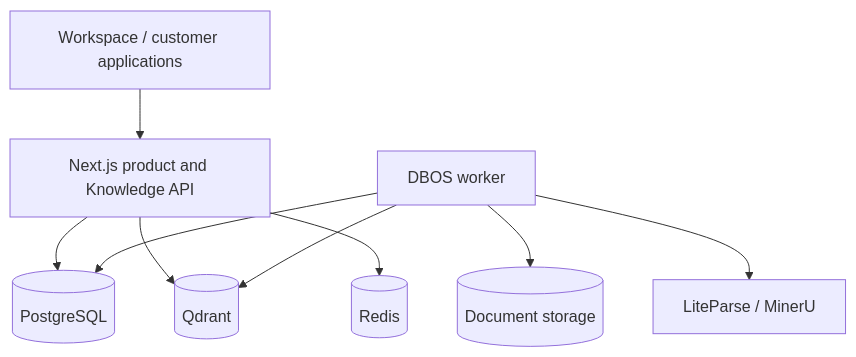
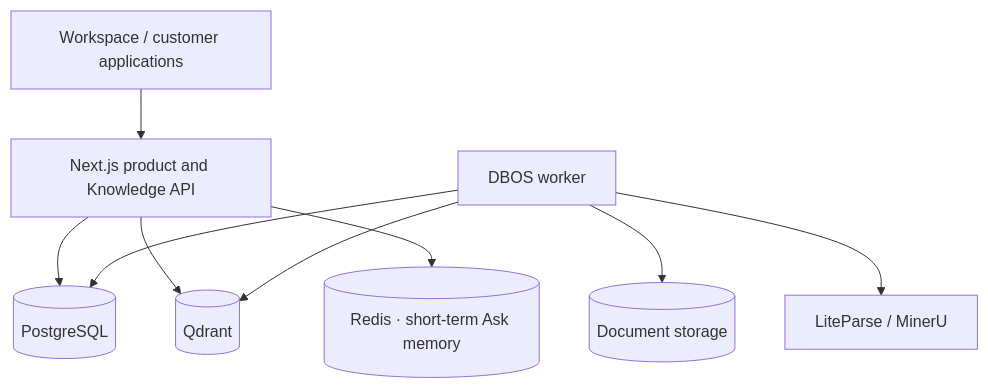
The second of 2 diagrams in README.md (codexlin/UnoRAG), drawn with Mermaid before and after one commit. The commit also changed other lines of this file and 4 other files, not shown here.

````diff
--- a/README.md
+++ b/README.md
@@ -107,11 +112,11 @@
 ```mermaid
 flowchart TB
     Users["Workspace / customer applications"] --> Web["Next.js product and Knowledge API"]
     Web --> PG[("PostgreSQL")]
     Web --> QD[("Qdrant")]
-    Web --> Redis[("Redis")]
+    Web --> Redis[("Redis · short-term Ask memory")]
     Worker["DBOS worker"] --> PG
     Worker --> QD
     Worker --> Files[("Document storage")]
     Worker --> Parser["LiteParse / MinerU"]
 ```
````
